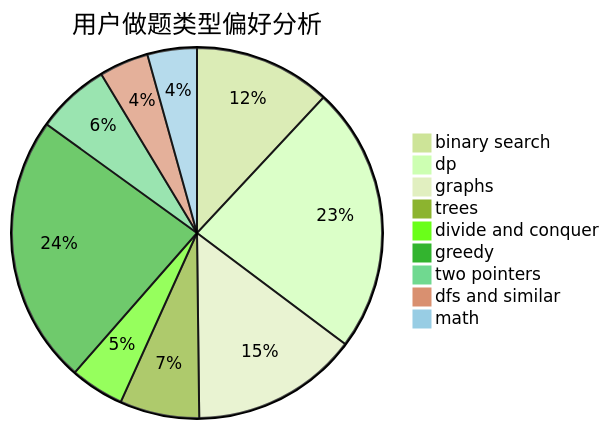
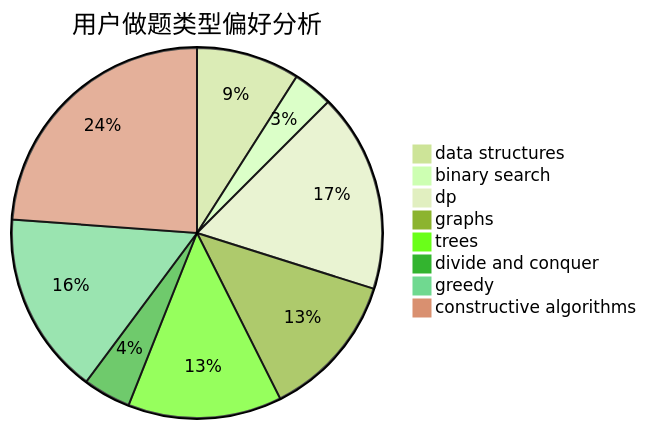
The second of 3 diagrams in docs/user/u1298.md (sherpahu/cfrs.github.io), drawn with Mermaid (forest theme) before and after one commit. The commit also changed other lines of this file and 2775 other files, not shown here.

````diff
--- a/docs/user/u1298.md
+++ b/docs/user/u1298.md
@@ -23,12 +23,11 @@
 ```mermaid
 pie title 用户做题类型偏好分析
-    "binary search" :  155
-    "dp" :  302
-    "graphs" :  189
-    "trees" :  90
-    "divide and conquer" :  61
-    "greedy" :  305
-    "two pointers" :  83
-    "dfs and similar" :  56
-    "math" :  56
+    "data structures" :  39
+    "binary search" :  15
+    "dp" :  75
+    "graphs" :  55
+    "trees" :  58
+    "divide and conquer" :  18
+    "greedy" :  69
+    "constructive algorithms" :  103
 ```
````
